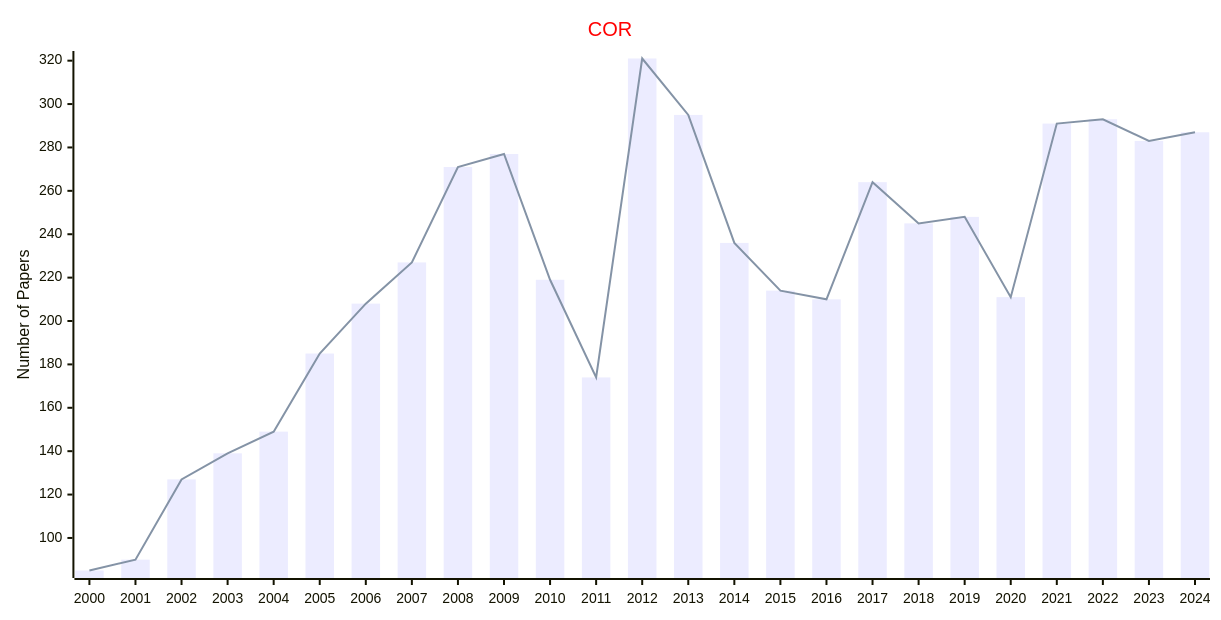
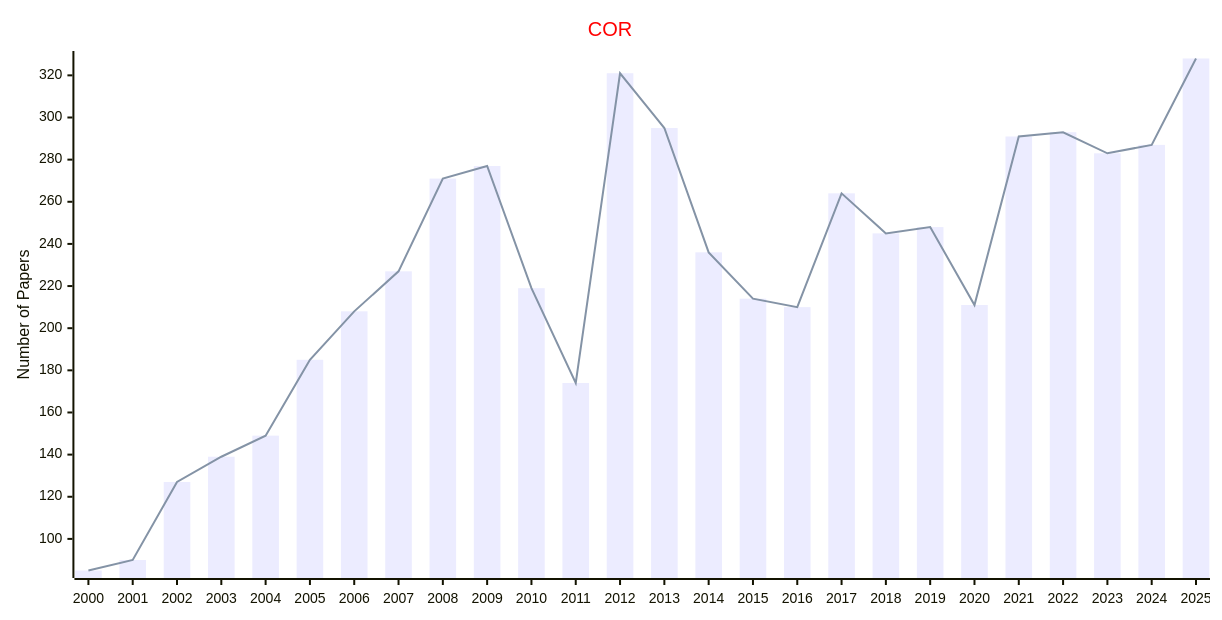
One commit to Easy-PhD/AILinks changed the first of 9 diagrams in docs/data/Journals/Statistics_Journals/Operations_and_Management.md. Above: the diagram before and after it, drawn with Mermaid. The commit also changed other lines of this file and 107 other files, not shown here.

````diff
--- a/docs/data/Journals/Statistics_Journals/Operations_and_Management.md
+++ b/docs/data/Journals/Statistics_Journals/Operations_and_Management.md
@@ -9,17 +9,17 @@
 ```mermaid
 ---
 config:
     xyChart:
         width: 1200
         height: 600
     themeVariables:
         xyChart:
             titleColor: "#ff0000"
 ---
 xychart-beta
     title "COR"
-    x-axis [2000, 2001, 2002, 2003, 2004, 2005, 2006, 2007, 2008, 2009, 2010, 2011, 2012, 2013, 2014, 2015, 2016, 2017, 2018, 2019, 2020, 2021, 2022, 2023, 2024]
+    x-axis [2000, 2001, 2002, 2003, 2004, 2005, 2006, 2007, 2008, 2009, 2010, 2011, 2012, 2013, 2014, 2015, 2016, 2017, 2018, 2019, 2020, 2021, 2022, 2023, 2024, 2025]
     y-axis "Number of Papers"
-    bar [85, 90, 127, 139, 149, 185, 208, 227, 271, 277, 219, 174, 321, 295, 236, 214, 210, 264, 245, 248, 211, 291, 293, 283, 287]
-    line [85, 90, 127, 139, 149, 185, 208, 227, 271, 277, 219, 174, 321, 295, 236, 214, 210, 264, 245, 248, 211, 291, 293, 283, 287]
+    bar [85, 90, 127, 139, 149, 185, 208, 227, 271, 277, 219, 174, 321, 295, 236, 214, 210, 264, 245, 248, 211, 291, 293, 283, 287, 328]
+    line [85, 90, 127, 139, 149, 185, 208, 227, 271, 277, 219, 174, 321, 295, 236, 214, 210, 264, 245, 248, 211, 291, 293, 283, 287, 328]
 ```
````
